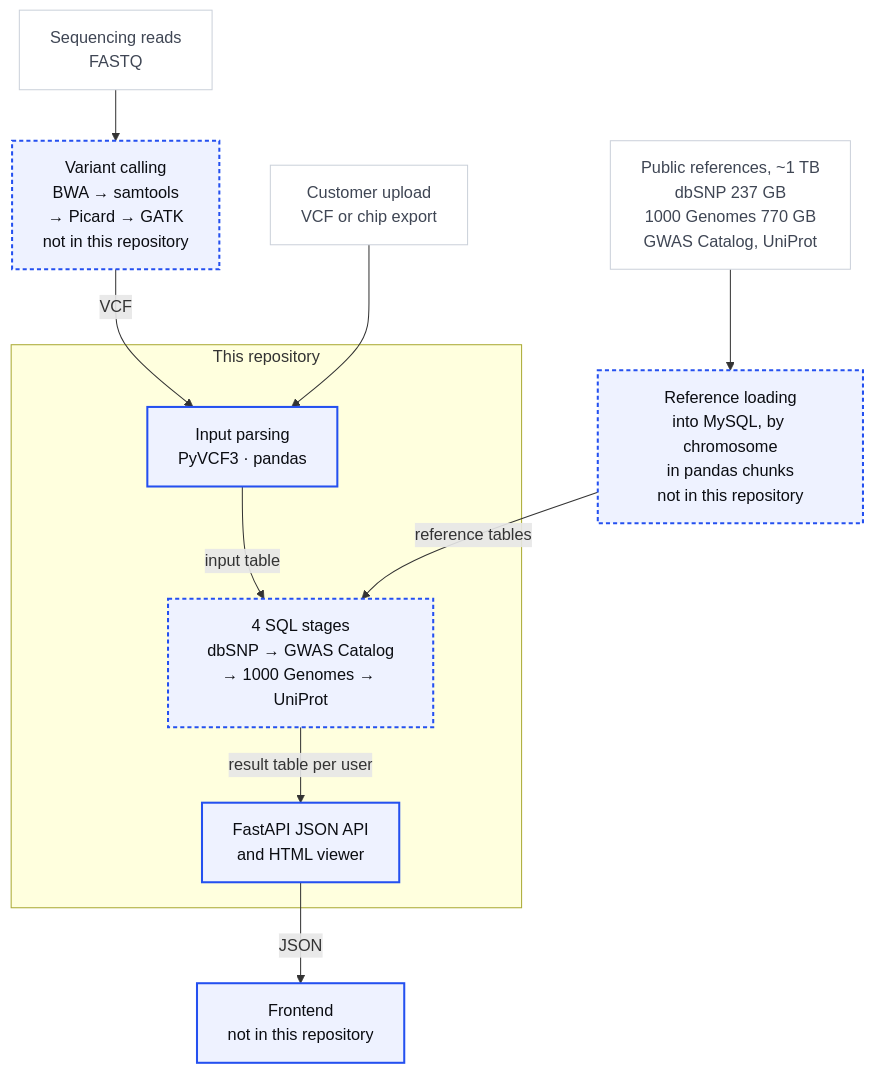
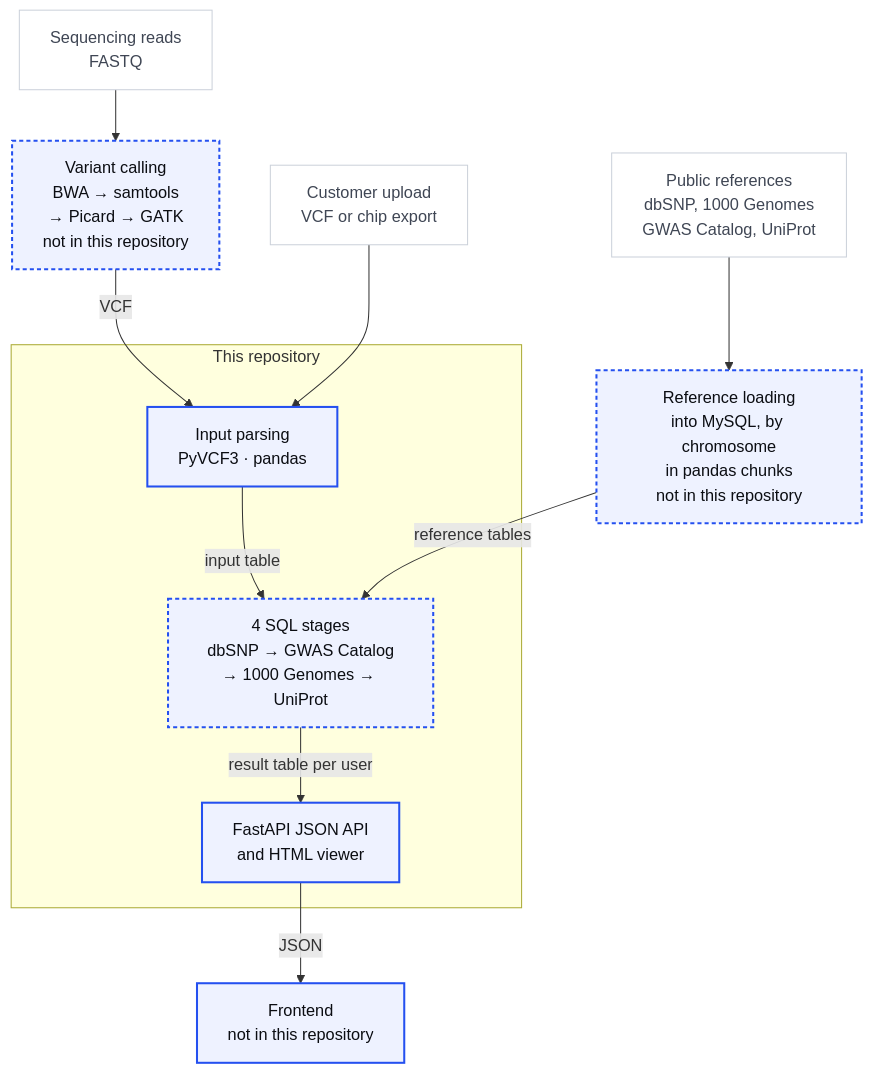
One commit to zoocasso/bio_fastapi changed the diagram in docs/diagram.mmd. Above: the diagram before and after it, drawn with Mermaid. The commit also changed 3 other files, not shown here.

Commit message:
Drop the reference data sizes from the README, the diagram and the pipeline docstring

```diff
--- a/docs/diagram.mmd
+++ b/docs/diagram.mmd
@@ -1,23 +1,23 @@
 flowchart TB
     fastq["Sequencing reads<br/>FASTQ"]:::ext
     up["Customer upload<br/>VCF or chip export"]:::ext
-    ref["Public references, ~1 TB<br/>dbSNP 237 GB<br/>1000 Genomes 770 GB<br/>GWAS Catalog, UniProt"]:::ext
+    ref["Public references<br/>dbSNP, 1000 Genomes<br/>GWAS Catalog, UniProt"]:::ext
     vcall["Variant calling<br/>BWA → samtools<br/>→ Picard → GATK<br/>not in this repository"]:::shared
     load["Reference loading<br/>into MySQL, by chromosome<br/>in pandas chunks<br/>not in this repository"]:::shared
     subgraph repo["This repository"]
         inp["Input parsing<br/>PyVCF3 · pandas"]:::mine
         sql["4 SQL stages<br/>dbSNP → GWAS Catalog<br/>→ 1000 Genomes → UniProt"]:::shared
         api["FastAPI JSON API<br/>and HTML viewer"]:::mine
     end
     fe["Frontend<br/>not in this repository"]:::mine
     fastq --> vcall
     vcall -->|"VCF"| inp
     up --> inp
     ref --> load
     inp -->|"input table"| sql
     load -->|"reference tables"| sql
     sql -->|"result table per user"| api
     api -->|"JSON"| fe
     classDef mine fill:#EEF2FF,stroke:#2450F0,stroke-width:2px,color:#0B0D12
     classDef shared fill:#EEF2FF,stroke:#2450F0,stroke-width:2px,stroke-dasharray:4 3,color:#0B0D12
     classDef ext fill:#FFFFFF,stroke:#CBD1DA,stroke-width:1px,color:#3F4654
```
